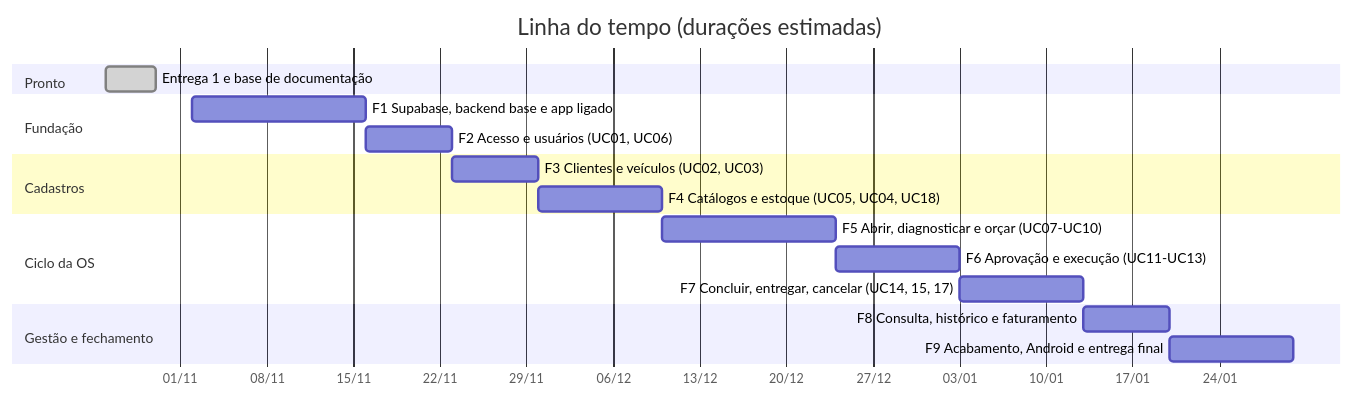
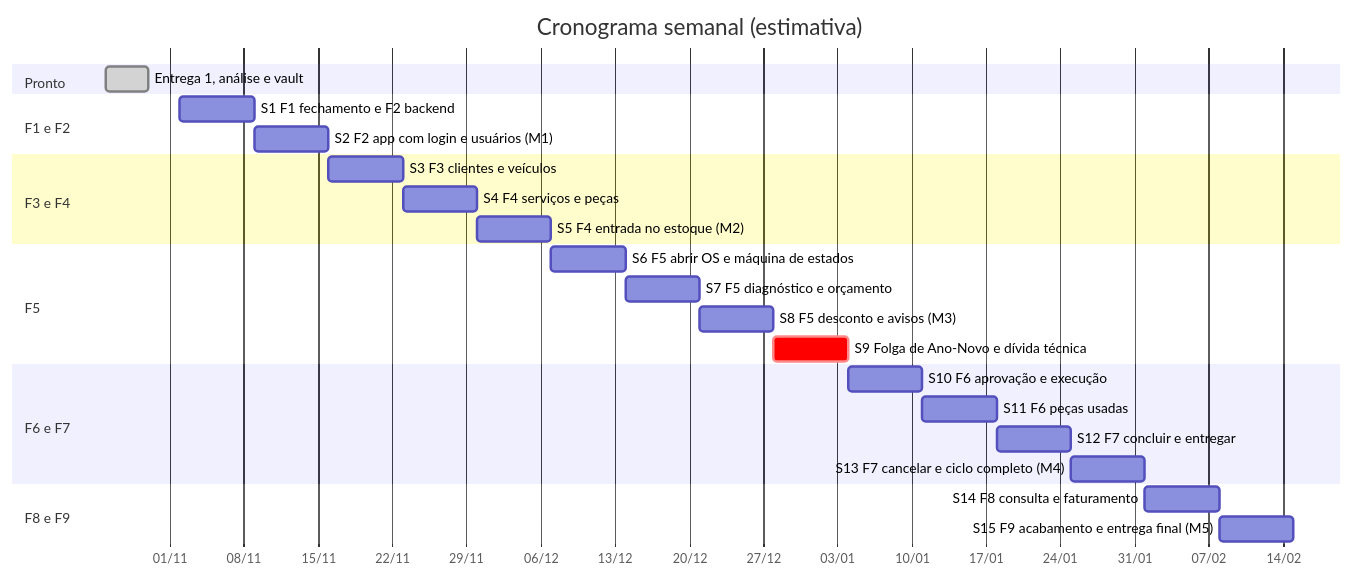
The first of 2 diagrams in OficinaFacilSecondBrain/Roadmap.md (eltobsjr/oficina-facil), drawn with Mermaid before and after one commit. The commit also changed other lines of this file and 17 other files, not shown here.

First line of the commit message:
Documenta o plano de construção e o cronograma semanal

````diff
--- a/OficinaFacilSecondBrain/Roadmap.md
+++ b/OficinaFacilSecondBrain/Roadmap.md
@@ -16,26 +13,34 @@
 ```mermaid
 gantt
   dateFormat YYYY-MM-DD
   axisFormat %d/%m
-  title Linha do tempo (durações estimadas)
+  title Cronograma semanal (estimativa)
 
   section Pronto
-  Entrega 1 e base de documentação              :done, f0, 2026-10-26, 2026-10-30
+  Entrega 1, análise e vault                     :done, f0, 2026-10-26, 2026-10-30
 
-  section Fundação
-  F1 Supabase, backend base e app ligado         :f1, 2026-11-02, 14d
-  F2 Acesso e usuários (UC01, UC06)              :f2, after f1, 7d
+  section F1 e F2
+  S1 F1 fechamento e F2 backend                  :s1, 2026-11-02, 7d
+  S2 F2 app com login e usuários (M1)           :s2, after s1, 7d
 
-  section Cadastros
-  F3 Clientes e veículos (UC02, UC03)            :f3, after f2, 7d
-  F4 Catálogos e estoque (UC05, UC04, UC18)      :f4, after f3, 10d
+  section F3 e F4
+  S3 F3 clientes e veículos                      :s3, after s2, 7d
+  S4 F4 serviços e peças                         :s4, after s3, 7d
+  S5 F4 entrada no estoque (M2)                  :s5, after s4, 7d
 
-  section Ciclo da OS
-  F5 Abrir, diagnosticar e orçar (UC07-UC10)     :f5, after f4, 14d
-  F6 Aprovação e execução (UC11-UC13)            :f6, after f5, 10d
-  F7 Concluir, entregar, cancelar (UC14, 15, 17) :f7, after f6, 10d
+  section F5
+  S6 F5 abrir OS e máquina de estados            :s6, after s5, 7d
+  S7 F5 diagnóstico e orçamento                  :s7, after s6, 7d
+  S8 F5 desconto e avisos (M3)                   :s8, after s7, 7d
+  S9 Folga de Ano-Novo e dívida técnica          :crit, s9, after s8, 7d
 
-  section Gestão e fechamento
-  F8 Consulta, histórico e faturamento           :f8, after f7, 7d
-  F9 Acabamento, Android e entrega final         :f9, after f8, 10d
+  section F6 e F7
+  S10 F6 aprovação e execução                    :s10, after s9, 7d
+  S11 F6 peças usadas                            :s11, after s10, 7d
+  S12 F7 concluir e entregar                     :s12, after s11, 7d
+  S13 F7 cancelar e ciclo completo (M4)          :s13, after s12, 7d
+
+  section F8 e F9
+  S14 F8 consulta e faturamento                  :s14, after s13, 7d
+  S15 F9 acabamento e entrega final (M5)         :s15, after s14, 7d
 ```
````
